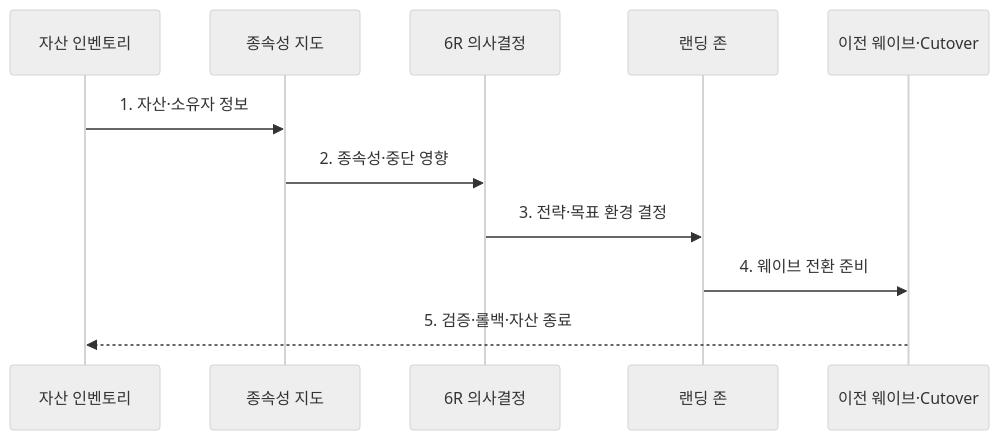
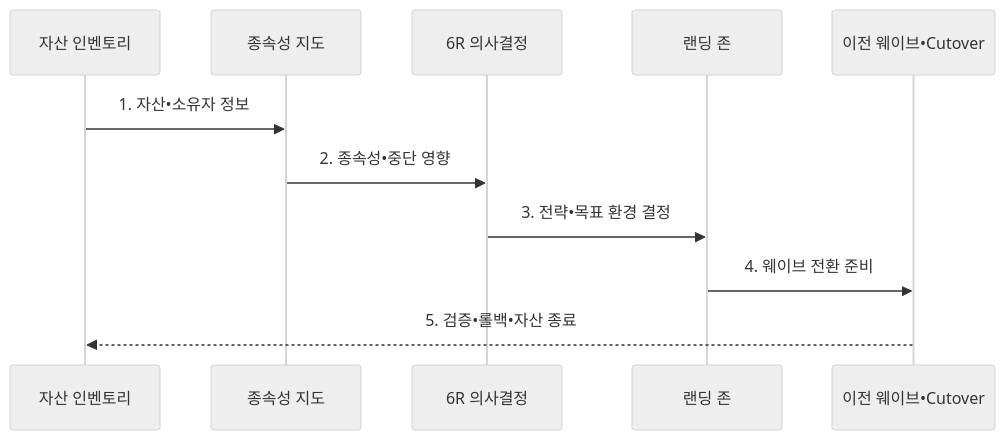
Before and after one commit to agnusdei1207/knowledge-base: the second of 2 diagrams in src/content/docs/notes/08-latest-tech/179_cloud_migration_6r.md, drawn with Mermaid (neutral theme). The commit also changed other lines of this file and 953 other files, not shown here.

````diff
--- a/src/content/docs/notes/08-latest-tech/179_cloud_migration_6r.md
+++ b/src/content/docs/notes/08-latest-tech/179_cloud_migration_6r.md
@@ -105,13 +105,13 @@
 ```mermaid
 sequenceDiagram
   participant I as 자산 인벤토리
   participant D as 종속성 지도
   participant R as 6R 의사결정
   participant L as 랜딩 존
-  participant W as 이전 웨이브·Cutover
-  I->>D: 1. 자산·소유자 정보
-  D->>R: 2. 종속성·중단 영향
-  R->>L: 3. 전략·목표 환경 결정
+  participant W as 이전 웨이브•Cutover
+  I->>D: 1. 자산•소유자 정보
+  D->>R: 2. 종속성•중단 영향
+  R->>L: 3. 전략•목표 환경 결정
   L->>W: 4. 웨이브 전환 준비
-  W-->>I: 5. 검증·롤백·자산 종료
+  W-->>I: 5. 검증•롤백•자산 종료
 ```
````
